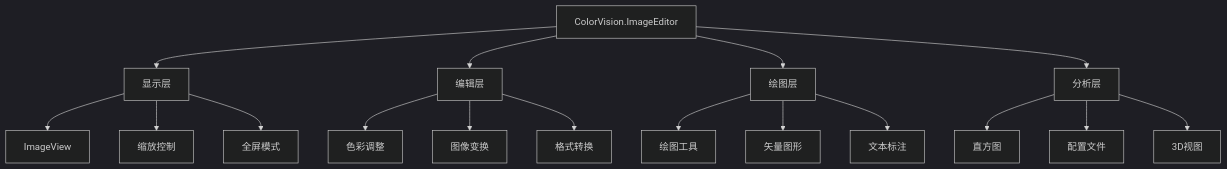
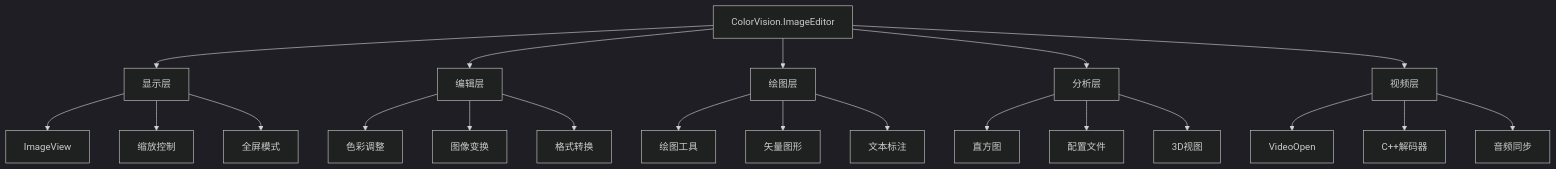
Before and after one commit to xincheng213618/scgd_general_wpf: the second of 2 diagrams in docs/04-api-reference/ui-components/ColorVision.ImageEditor.md, drawn with Mermaid (dark theme). The commit also changed other lines of this file and 10 other files, not shown here.

````diff
--- a/docs/04-api-reference/ui-components/ColorVision.ImageEditor.md
+++ b/docs/04-api-reference/ui-components/ColorVision.ImageEditor.md
@@ -78,23 +105,28 @@
 ```mermaid
 graph TD
     A[ColorVision.ImageEditor] --> B[显示层]
     A --> C[编辑层]
     A --> D[绘图层]
     A --> E[分析层]
+    A --> F[视频层]
     
     B --> B1[ImageView]
     B --> B2[缩放控制]
     B --> B3[全屏模式]
     
     C --> C1[色彩调整]
     C --> C2[图像变换]
     C --> C3[格式转换]
     
     D --> D1[绘图工具]
     D --> D2[矢量图形]
     D --> D3[文本标注]
     
     E --> E1[直方图]
     E --> E2[配置文件]
     E --> E3[3D视图]
+    
+    F --> F1[VideoOpen]
+    F --> F2[C++解码器]
+    F --> F3[音频同步]
 ```
````
